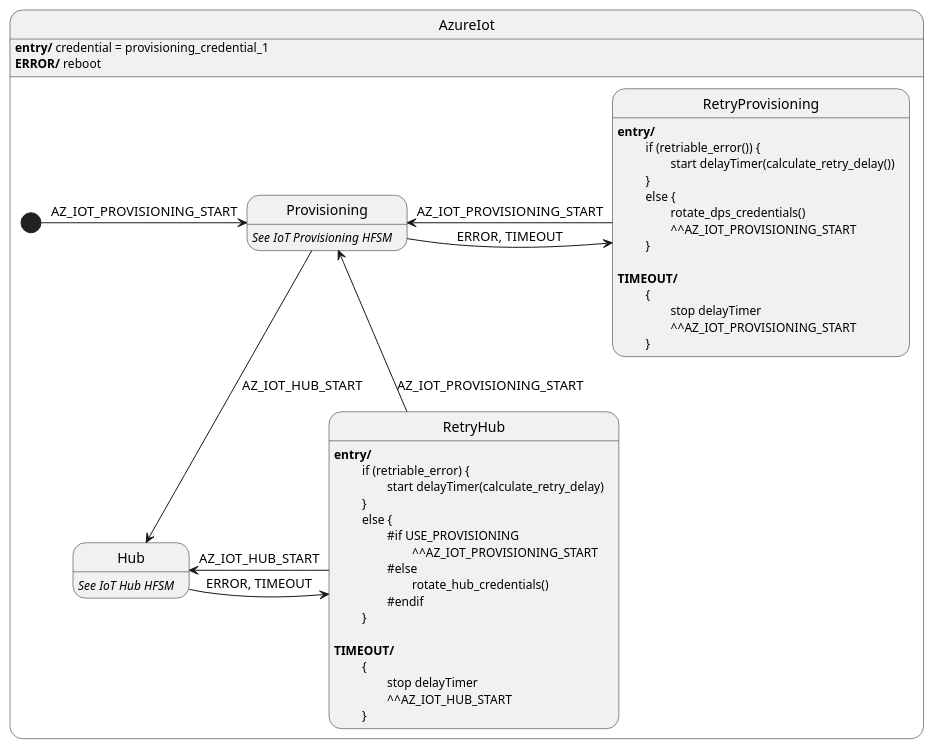
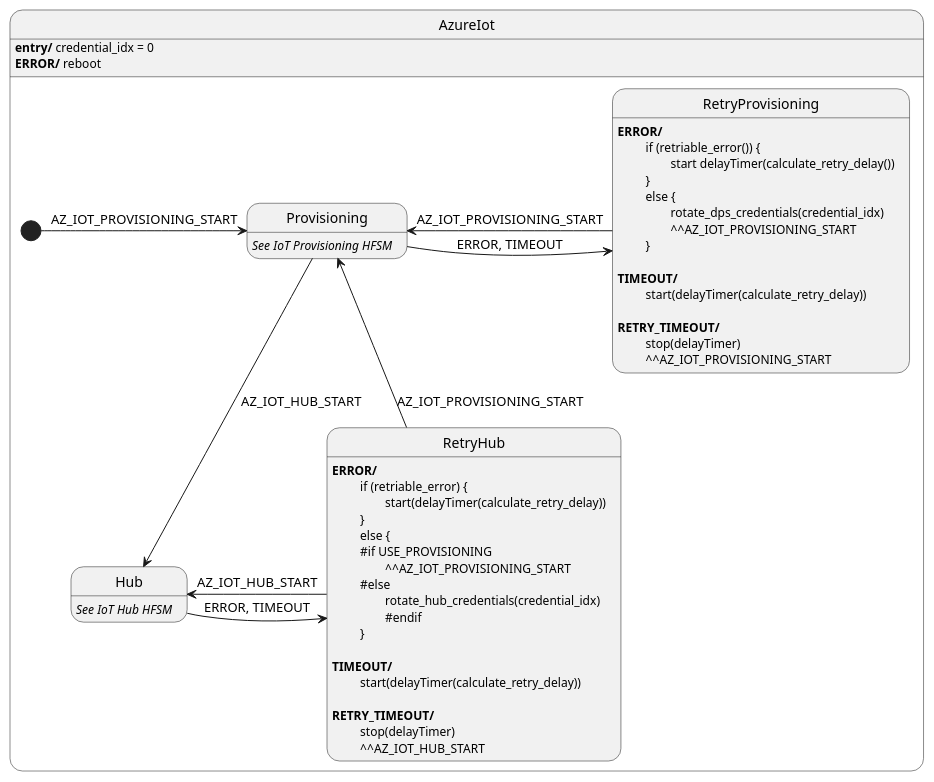
Before and after one commit to vaavva/azure-sdk-for-c-hfsm: the diagram in sdk/docs/iot/resources/iot_hfsm.puml, drawn with PlantUML. The commit also changed 2 other files, not shown here.

```diff
--- a/sdk/docs/iot/resources/iot_hfsm.puml
+++ b/sdk/docs/iot/resources/iot_hfsm.puml
@@ -1,58 +1,60 @@
 @startuml
 
 state AzureIot {
     state Provisioning
     Provisioning: <i>See IoT Provisioning HFSM</i>
 
     state RetryProvisioning
-    RetryProvisioning : <b>entry/</b>
+    RetryProvisioning : <b>ERROR/</b>
     RetryProvisioning : \t if (retriable_error()) {
     RetryProvisioning : \t\t start delayTimer(calculate_retry_delay())
     RetryProvisioning : \t }
     RetryProvisioning : \t else {
-    RetryProvisioning : \t\t rotate_dps_credentials()
+    RetryProvisioning : \t\t rotate_dps_credentials(credential_idx)
     RetryProvisioning : \t\t ^^AZ_IOT_PROVISIONING_START
     RetryProvisioning : \t }
     RetryProvisioning :
     RetryProvisioning : <b>TIMEOUT/</b>
-    RetryProvisioning : \t {
-    RetryProvisioning : \t\t stop delayTimer
-    RetryProvisioning : \t\t ^^AZ_IOT_PROVISIONING_START
-    RetryProvisioning : \t }
+    RetryProvisioning : \t start(delayTimer(calculate_retry_delay))
+    RetryProvisioning :
+    RetryProvisioning : <b>RETRY_TIMEOUT/</b>
+    RetryProvisioning : \t stop(delayTimer)
+    RetryProvisioning : \t ^^AZ_IOT_PROVISIONING_START
 
     state Hub
     Hub: <i>See IoT Hub HFSM</i>
 
     state RetryHub
-    RetryHub : <b>entry/</b>
+    RetryHub : <b>ERROR/</b>
     RetryHub : \t if (retriable_error) {
-    RetryHub : \t\t start delayTimer(calculate_retry_delay)
+    RetryHub : \t\t start(delayTimer(calculate_retry_delay))
     RetryHub : \t }
     RetryHub : \t else {
-    RetryHub : \t\t #if USE_PROVISIONING
-    RetryHub : \t\t\t ^^AZ_IOT_PROVISIONING_START
-    RetryHub : \t\t #else
-    RetryHub : \t\t\t rotate_hub_credentials()
+    RetryHub : \t #if USE_PROVISIONING
+    RetryHub : \t\t ^^AZ_IOT_PROVISIONING_START
+    RetryHub : \t #else
+    RetryHub : \t\t rotate_hub_credentials(credential_idx)
     RetryHub : \t\t #endif
     RetryHub : \t }
     RetryHub :
     RetryHub : <b>TIMEOUT/</b>
-    RetryHub : \t {
-    RetryHub : \t\t stop delayTimer
-    RetryHub : \t\t ^^AZ_IOT_HUB_START
-    RetryHub : \t }
+    RetryHub : \t start(delayTimer(calculate_retry_delay))
+    RetryHub :
+    RetryHub : <b>RETRY_TIMEOUT/</b>
+    RetryHub : \t stop(delayTimer)
+    RetryHub : \t ^^AZ_IOT_HUB_START
 
     [*] -> Provisioning : AZ_IOT_PROVISIONING_START
     Provisioning --> Hub : AZ_IOT_HUB_START
     Provisioning -> RetryProvisioning : ERROR, TIMEOUT
 
     RetryProvisioning -> Provisioning : AZ_IOT_PROVISIONING_START
     Hub -> RetryHub : ERROR, TIMEOUT
     RetryHub -> Hub : AZ_IOT_HUB_START
     RetryHub -> Provisioning : AZ_IOT_PROVISIONING_START
 }
 
-AzureIot : <b>entry/</b> credential = provisioning_credential_1
+AzureIot : <b>entry/</b> credential_idx = 0
 AzureIot : <b>ERROR/</b> reboot
 
 @enduml
```
